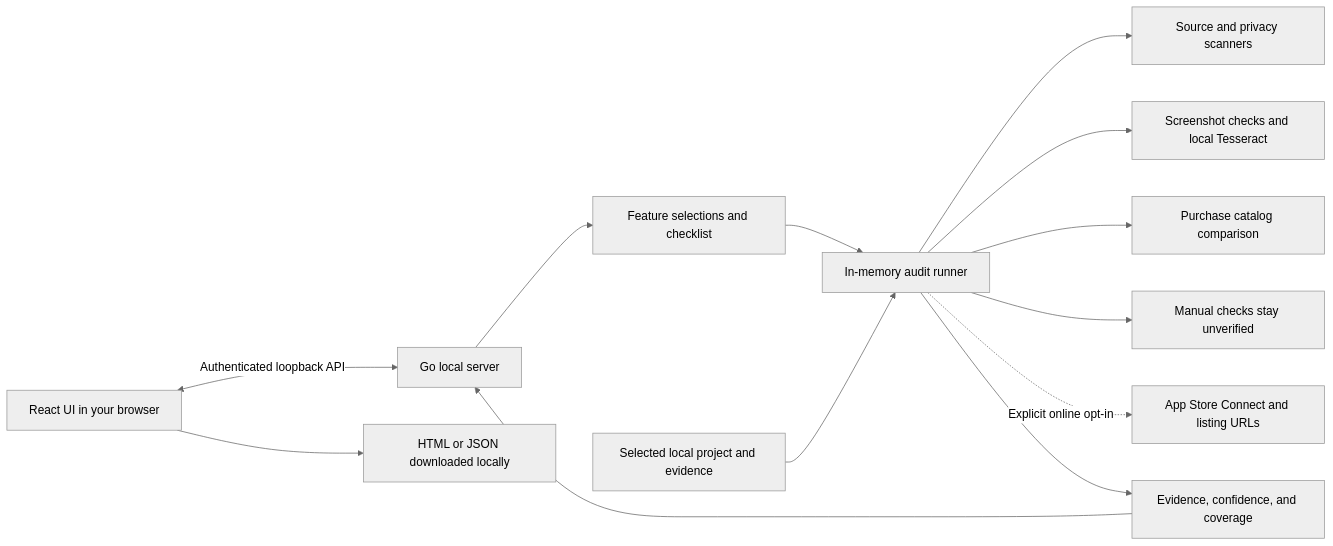
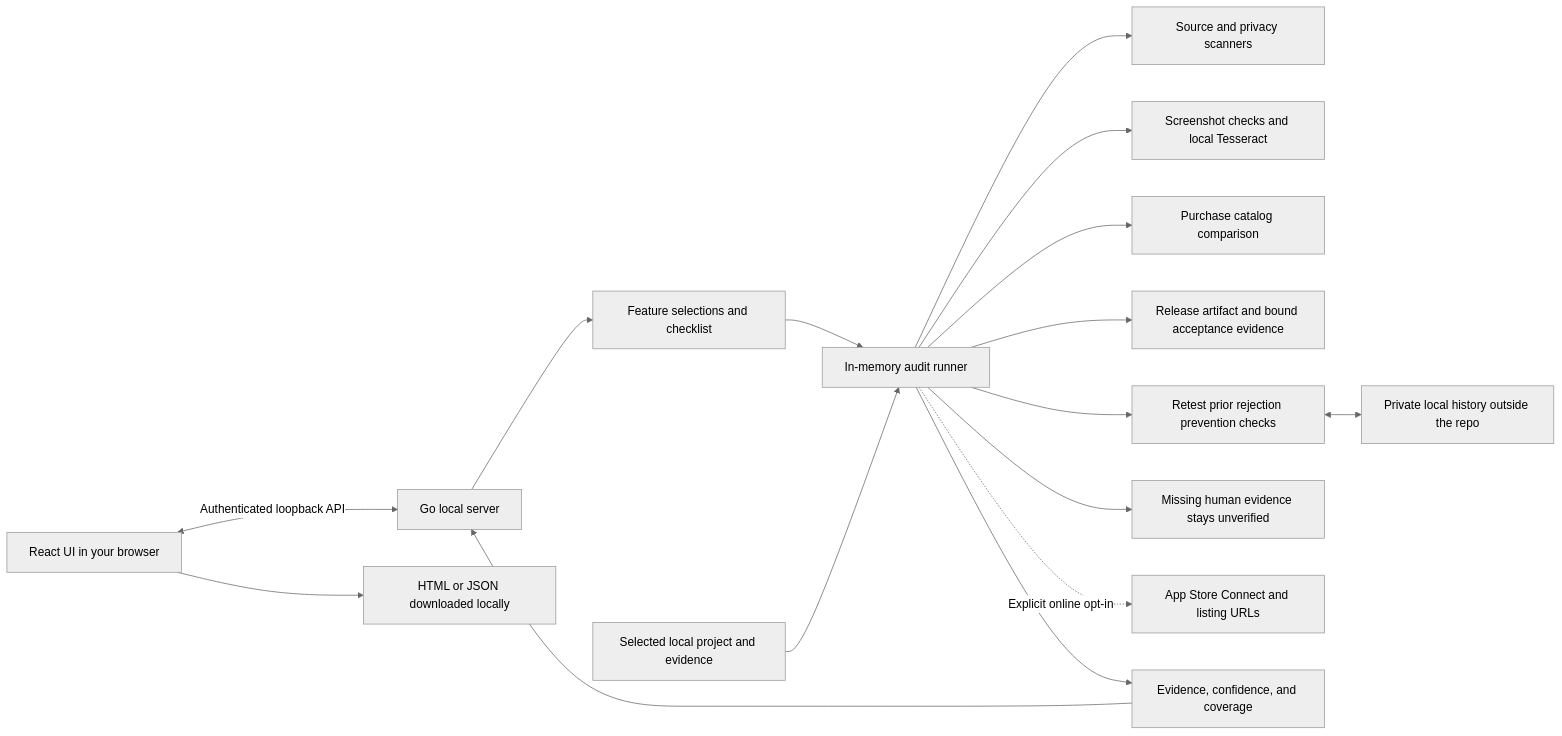
The first of 2 diagrams in README.md (RandyVentures/greenlight), drawn with Mermaid (neutral theme) before and after one commit. The commit also changed other lines of this file and 30 other files, not shown here.

Commit message:
Port release acceptance checklist and add private rejection prevention history

````diff
--- a/README.md
+++ b/README.md
@@ -109,15 +113,18 @@
 ```mermaid
 flowchart LR
     Browser["React UI in your browser"] <-->|"Authenticated loopback API"| Server["Go local server"]
     Server --> Plan["Feature selections and checklist"]
     Plan --> Runner["In-memory audit runner"]
     Files["Selected local project and evidence"] --> Runner
     Runner --> Source["Source and privacy scanners"]
     Runner --> Shots["Screenshot checks and local Tesseract"]
     Runner --> Purchases["Purchase catalog comparison"]
-    Runner --> Manual["Manual checks stay unverified"]
+    Runner --> Ready["Release artifact and bound acceptance evidence"]
+    Runner --> History["Retest prior rejection prevention checks"]
+    History <--> Private["Private local history outside the repo"]
+    Runner --> Manual["Missing human evidence stays unverified"]
     Runner -.->|"Explicit online opt-in"| Apple["App Store Connect and listing URLs"]
     Runner --> Results["Evidence, confidence, and coverage"]
     Results --> Server
     Browser --> Export["HTML or JSON downloaded locally"]
 ```
````
